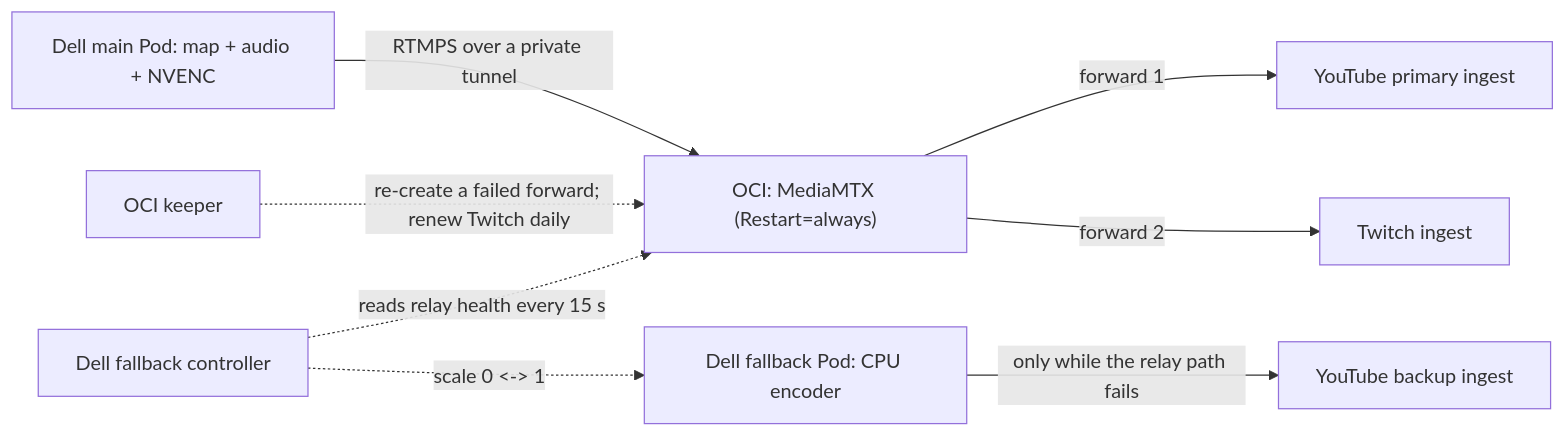
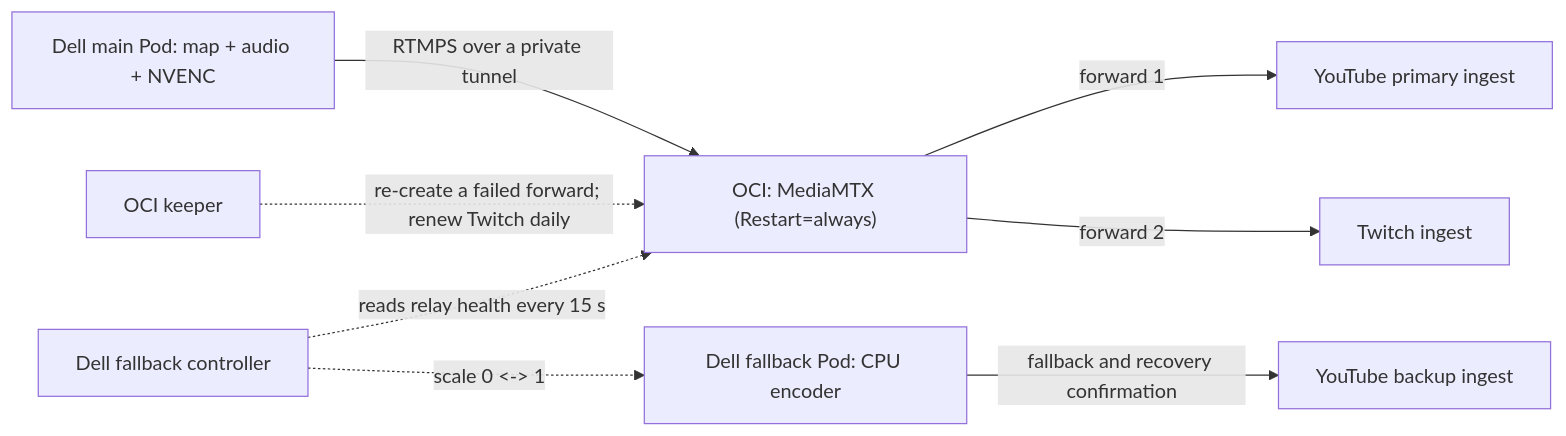
One commit to yukimurata0421/live-stream-systems-case-study changed the diagram in docs/v3/self-healing-oci-fanout.md. Above: the diagram before and after it, drawn with Mermaid. The commit also changed other lines of this file and 36 other files, not shown here.

````diff
--- a/docs/v3/self-healing-oci-fanout.md
+++ b/docs/v3/self-healing-oci-fanout.md
@@ -12,10 +28,10 @@
 ```mermaid
 flowchart LR
     MAIN["Dell main Pod: map + audio + NVENC"] -->|"RTMPS over a private tunnel"| MTX["OCI: MediaMTX (Restart=always)"]
     MTX -->|"forward 1"| YT["YouTube primary ingest"]
     MTX -->|"forward 2"| TW["Twitch ingest"]
     KEEP["OCI keeper"] -. "re-create a failed forward; renew Twitch daily" .-> MTX
     CTRL["Dell fallback controller"] -. "reads relay health every 15 s" .-> MTX
     CTRL -. "scale 0 <-> 1" .-> FB["Dell fallback Pod: CPU encoder"]
-    FB -->|"only while the relay path fails"| YTB["YouTube backup ingest"]
+    FB -->|"fallback and recovery confirmation"| YTB["YouTube backup ingest"]
 ```
````
